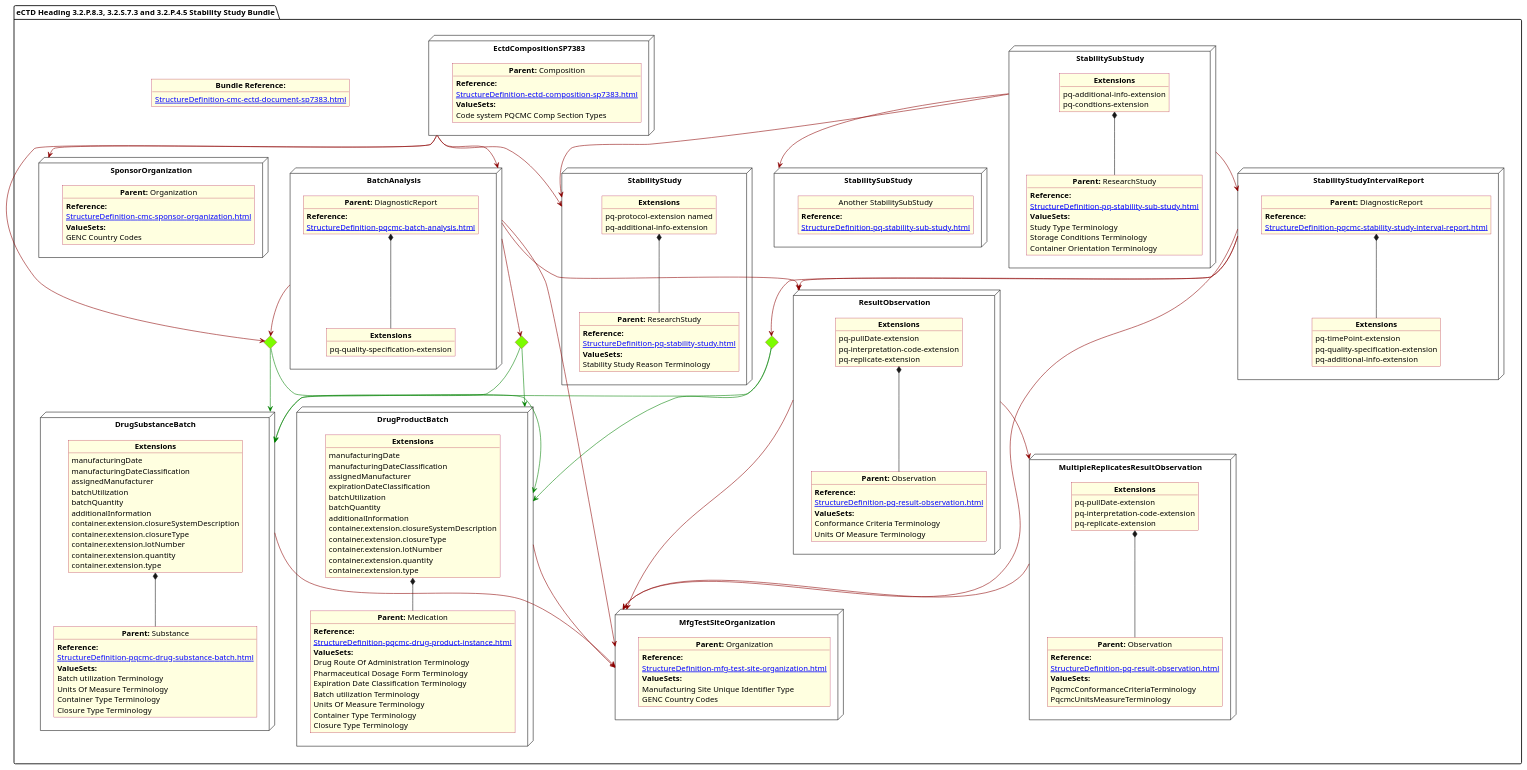
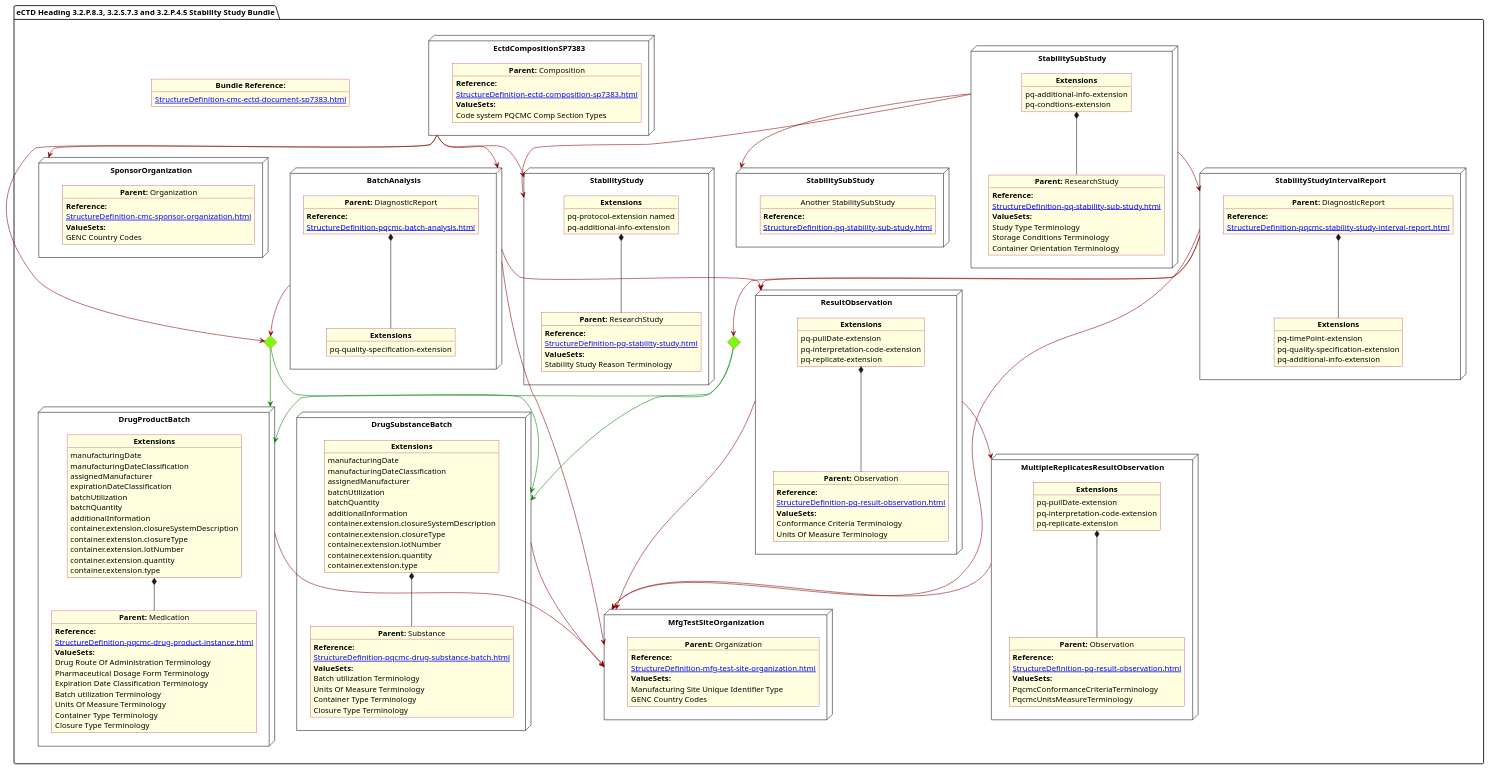
Before and after one commit to HL7/FHIR-us-pq-cmc-fda: the diagram in input/images-source/Stability.plantuml, drawn with PlantUML. The commit also changed 30 other files, not shown here.

```diff
--- a/input/images-source/Stability.plantuml
+++ b/input/images-source/Stability.plantuml
@@ -44,7 +44,7 @@
 objExsBatch *-- obj3 
 }
 diamond CH
-diamond CH2
+
 diamond CH3
 
 node "DrugSubstanceBatch" as NNS { 
@@ -199,15 +199,12 @@
 
 CH -[#green]-> NN
 CH -[#green]-> NNS
-CH2 -[#green]-> NN
-CH2 -[#green]-> NNS
 CH3 -[#green]-> NN
 CH3 -[#green]-> NNS
 N1 -[#darkred]-> CH
 N1 -[#darkred]-> N2
 N1 -[#darkred]-> NSO
 N2 -[#darkred]-> CH
-N2 -[#darkred]-> CH2
 N2 -[#darkred]-> NMFG
 N2 -[#darkred]-> NNOBS
 Ninterval -[#darkred]-> CH3
```
